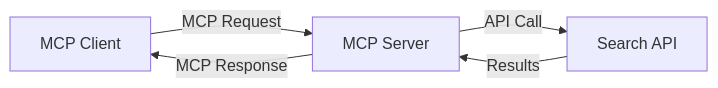
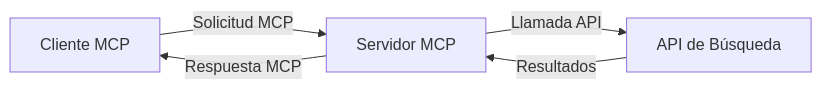
One commit to HIDORAKAI002/ai-workspace-archive changed the second of 4 diagrams in mcp_ecosystem__model_context_protocol/mcp_learning_resources/mcp-for-beginners/translations/es/05-AdvancedTopics/mcp-realtimesearch/README.md. Above: the diagram before and after it, drawn with Mermaid. The commit also changed other lines of this file and 1539 other files, not shown here.

````diff
--- a/mcp_ecosystem__model_context_protocol/mcp_learning_resources/mcp-for-beginners/translations/es/05-AdvancedTopics/mcp-realtimesearch/README.md
+++ b/mcp_ecosystem__model_context_protocol/mcp_learning_resources/mcp-for-beginners/translations/es/05-AdvancedTopics/mcp-realtimesearch/README.md
@@ -37,7 +593,7 @@
 ```mermaid
 graph LR
-    Client[MCP Client] --> |MCP Request| Server[MCP Server]
-    Server --> |API Call| SearchAPI[Search API]
-    SearchAPI --> |Results| Server
-    Server --> |MCP Response| Client
+    Client[Cliente MCP] --> |Solicitud MCP| Server[Servidor MCP]
+    Server --> |Llamada API| SearchAPI[API de Búsqueda]
+    SearchAPI --> |Resultados| Server
+    Server --> |Respuesta MCP| Client
 ```
````
